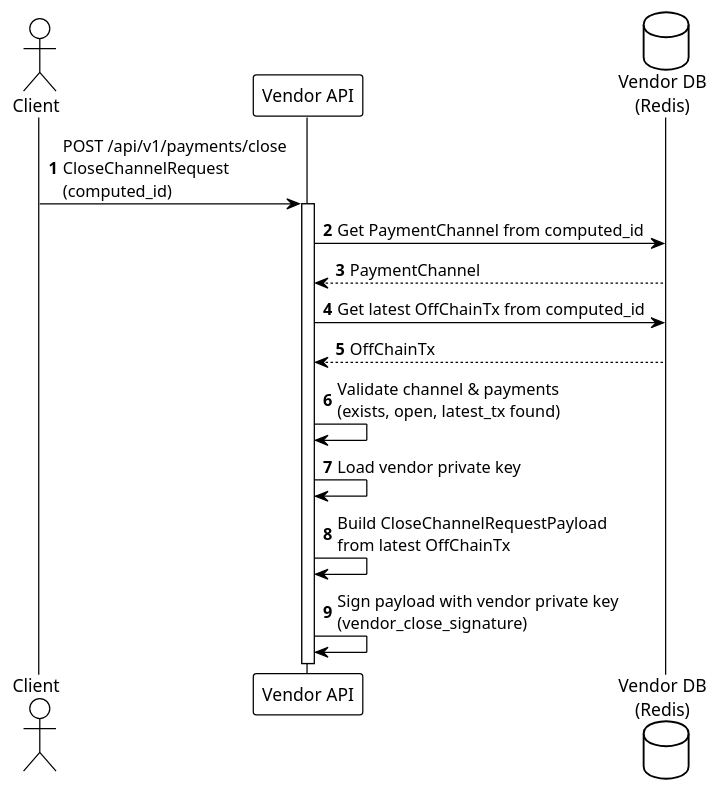
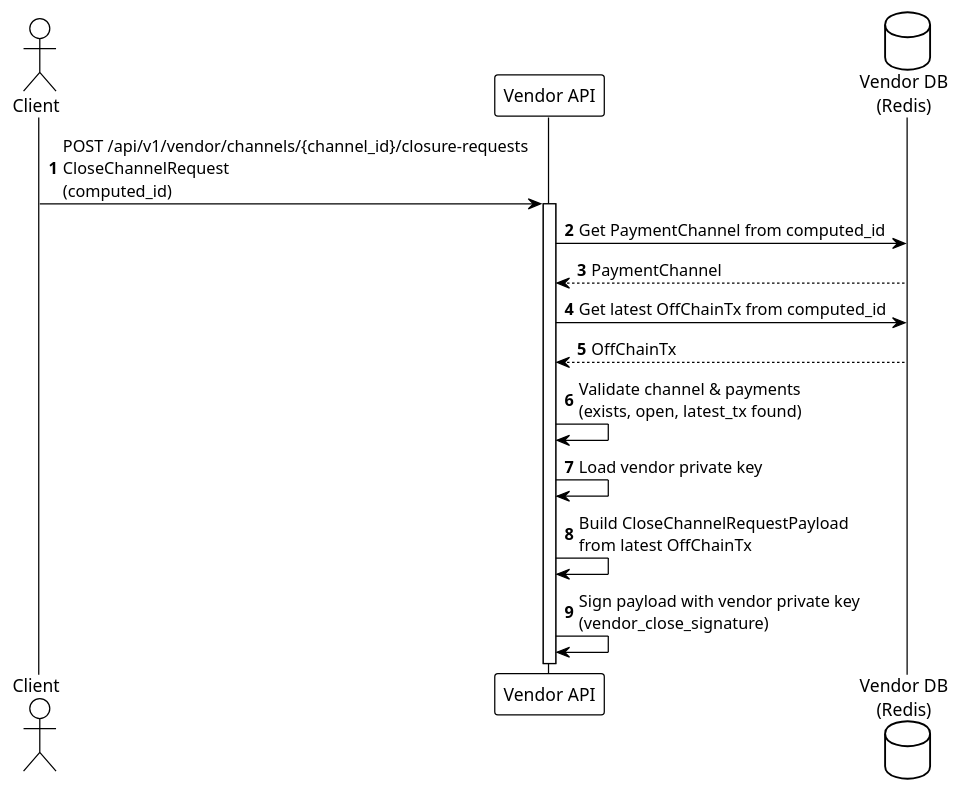
One commit to otaviootavio/nanomoni changed the diagram in umls/phase3a-closure-initiation.puml. Above: the diagram before and after it, drawn with PlantUML. The commit also changed 14 other files, not shown here.

```diff
--- a/umls/phase3a-closure-initiation.puml
+++ b/umls/phase3a-closure-initiation.puml
@@ -1,26 +1,26 @@
 @startuml Phase3a_Closure_Initiation
 
 !theme plain
 autonumber
 
 actor "Client" as Client
 participant "Vendor API" as Vendor
 database "Vendor DB\n(Redis)" as VendorDB
 
-Client -> Vendor: POST /api/v1/payments/close\nCloseChannelRequest\n(computed_id)
+Client -> Vendor: POST /api/v1/vendor/channels/{channel_id}/closure-requests\nCloseChannelRequest\n(computed_id)
 activate Vendor
 
 Vendor -> VendorDB: Get PaymentChannel from computed_id
 VendorDB --> Vendor: PaymentChannel
 
 Vendor -> VendorDB: Get latest OffChainTx from computed_id
 VendorDB --> Vendor: OffChainTx
 
 Vendor -> Vendor: Validate channel & payments\n(exists, open, latest_tx found)
 
 Vendor -> Vendor: Load vendor private key
 Vendor -> Vendor: Build CloseChannelRequestPayload\nfrom latest OffChainTx
 
 Vendor -> Vendor: Sign payload with vendor private key\n(vendor_close_signature)
 
 @enduml
```
